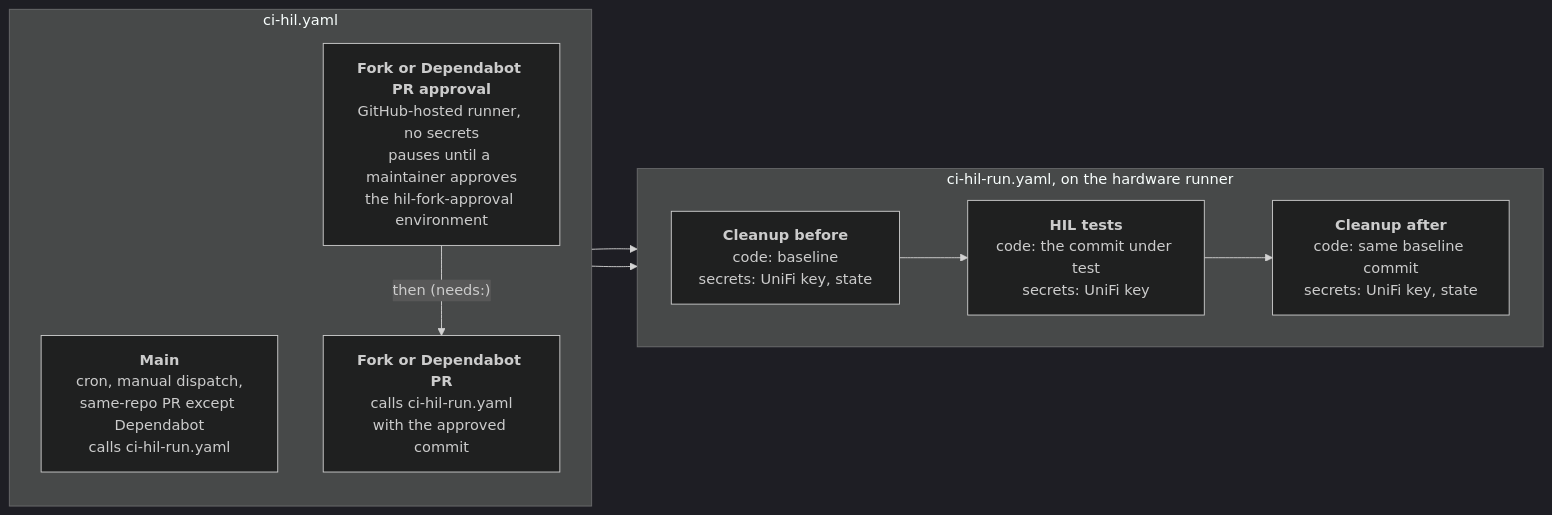
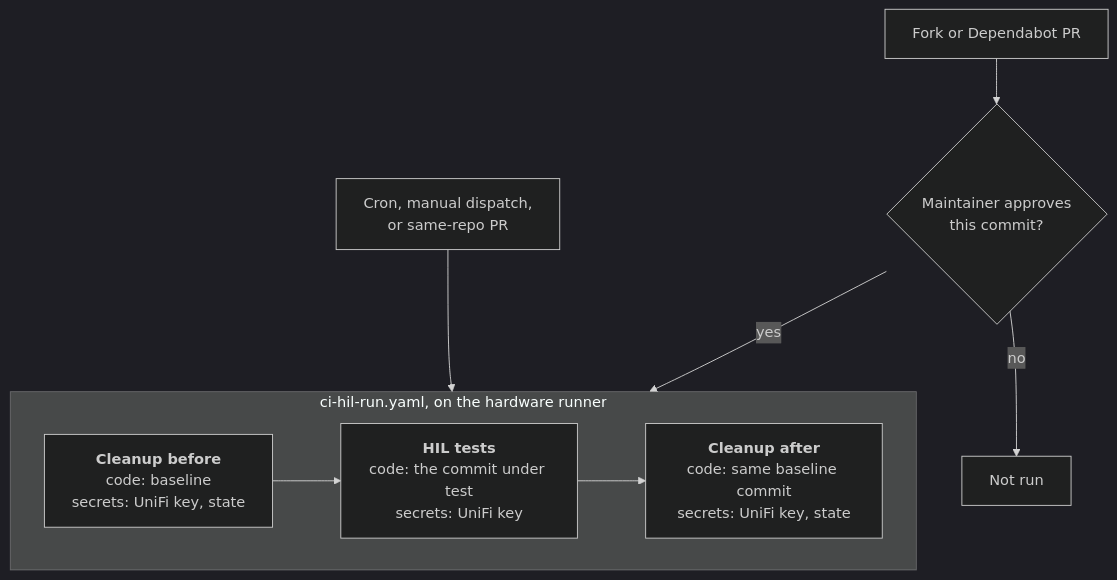
The first of 2 diagrams in hardware-testing/SECURITY.md (alexklibisz/terraform-provider-terrifi), drawn with Mermaid (dark theme) before and after one commit.

Commit message:
Redraw the HIL run diagram as a decision flow

````diff
--- a/hardware-testing/SECURITY.md
+++ b/hardware-testing/SECURITY.md
@@ -34,21 +34,18 @@
 ```mermaid
-flowchart LR
-    subgraph routing["ci-hil.yaml"]
-        direction TB
-        trusted["<b>Main</b><br/>cron, manual dispatch,<br/>same-repo PR except Dependabot<br/>calls ci-hil-run.yaml"]
-        approval["<b>Fork or Dependabot PR approval</b><br/>GitHub-hosted runner, no secrets<br/>pauses until a maintainer approves<br/>the hil-fork-approval environment"]
-        fork["<b>Fork or Dependabot PR</b><br/>calls ci-hil-run.yaml<br/>with the approved commit"]
-        approval -->|"then (needs:)"| fork
-    end
+flowchart TD
+    trusted["Cron, manual dispatch,<br/>or same-repo PR"]
+    untrusted["Fork or Dependabot PR"]
+    gate{"Maintainer approves<br/>this commit?"}
+    untrusted --> gate
+    gate -->|no| skipped["Not run"]
+    trusted --> run
+    gate -->|yes| run
 
     subgraph run["ci-hil-run.yaml, on the hardware runner"]
         direction LR
         before["<b>Cleanup before</b><br/>code: baseline<br/>secrets: UniFi key, state"]
         tests["<b>HIL tests</b><br/>code: the commit under test<br/>secrets: UniFi key"]
         after["<b>Cleanup after</b><br/>code: same baseline commit<br/>secrets: UniFi key, state"]
         before --> tests --> after
     end
-
-    trusted --> run
-    fork --> run
 ```
````
